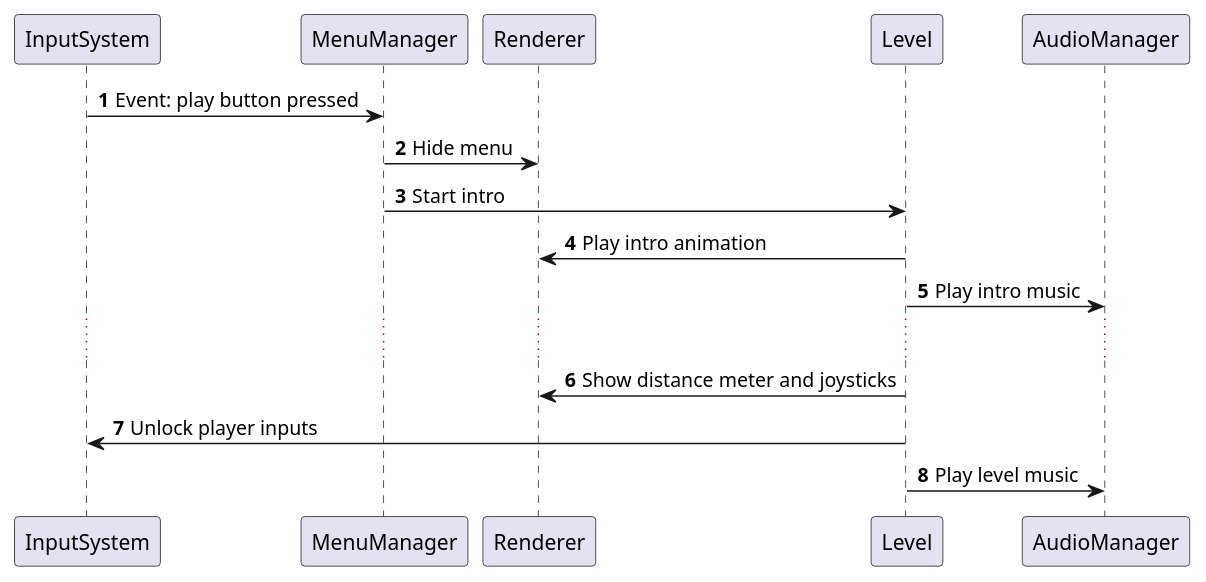
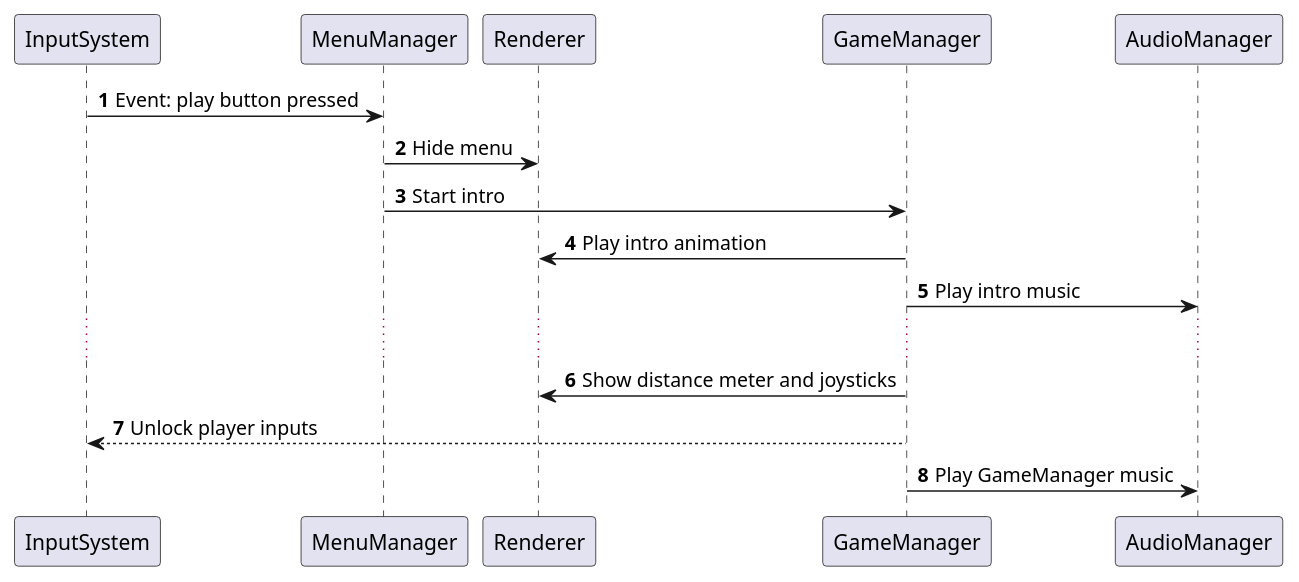
The diagram in UML/UI sequence diagram.puml (CKTA00/Robbery_Rush_UML), drawn with PlantUML before and after one commit. The commit also changed 1 other file, not shown here.

Commit message:
Component Diagram basis

```diff
--- a/UML/UI sequence diagram.puml
+++ b/UML/UI sequence diagram.puml
@@ -1,19 +1,19 @@
 @startuml
 'https://plantuml.com/sequence-diagram
 
 autonumber
 
 'just ideas
 InputSystem -> MenuManager: Event: play button pressed
 MenuManager -> Renderer: Hide menu
-MenuManager -> Level: Start intro
-Level -> Renderer: Play intro animation
-Level -> AudioManager: Play intro music
+MenuManager -> GameManager: Start intro
+GameManager -> Renderer: Play intro animation
+GameManager -> AudioManager: Play intro music
 ...
 
-Level -> Renderer: Show distance meter and joysticks
-Level -> InputSystem: Unlock player inputs
-Level -> AudioManager: Play level music
+GameManager -> Renderer: Show distance meter and joysticks
+GameManager --> InputSystem: Unlock player inputs
+GameManager -> AudioManager: Play GameManager music
 
 
 @enduml
```
